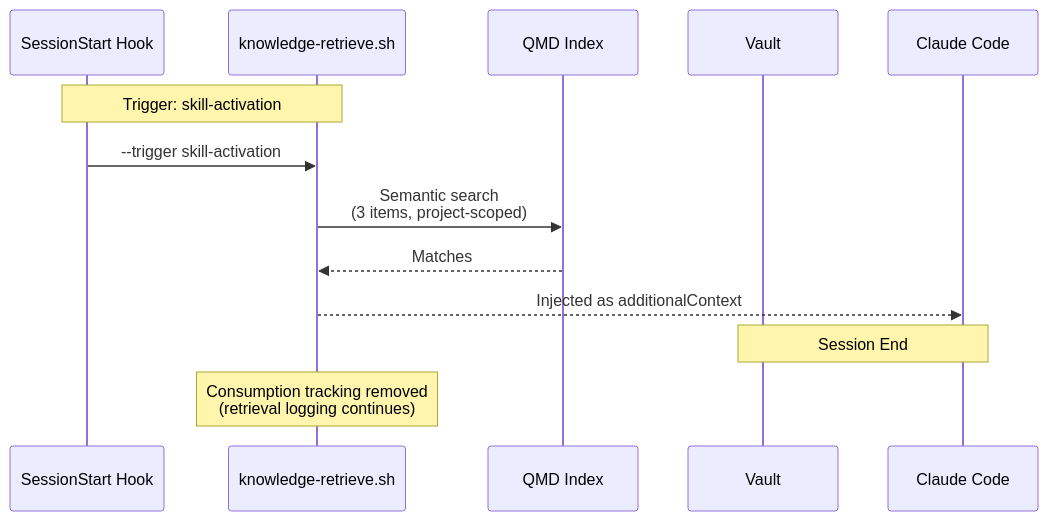
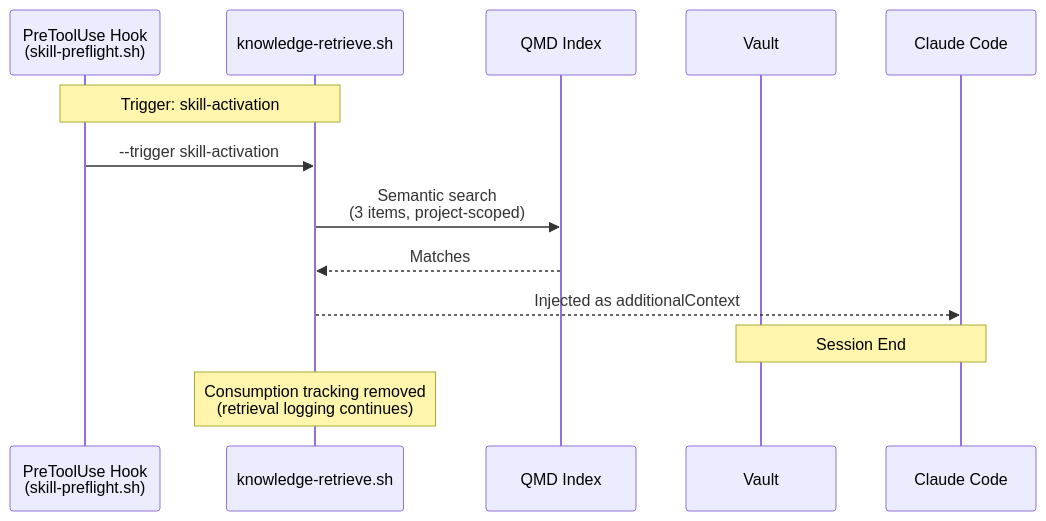
The sixth of 6 diagrams in _system/docs/architecture/03-runtime-views.md (djt71/crumb-vault-mirror), drawn with Mermaid before and after one commit. The commit also changed other lines of this file and 9 other files, not shown here.

Commit message:
sync: docs: architecture set refresh — roster 11/agents 3, 04-deployment restructured (Part I current / Part II historical), frontmatter dates + model-policy phrasing fixed

````diff
--- a/_system/docs/architecture/03-runtime-views.md
+++ b/_system/docs/architecture/03-runtime-views.md
@@ -326,18 +325,18 @@
 ```mermaid
 %%{init: {'theme': 'default'}}%%
 sequenceDiagram
-    participant Hook as SessionStart Hook
+    participant Hook as PreToolUse Hook<br/>(skill-preflight.sh)
     participant AKM as knowledge-retrieve.sh
     participant QMD as QMD Index
     participant Vault
     participant CC as Claude Code
 
     Note over Hook,AKM: Trigger: skill-activation
     Hook->>AKM: --trigger skill-activation
     AKM->>QMD: Semantic search<br/>(3 items, project-scoped)
     QMD-->>AKM: Matches
     AKM-->>CC: Injected as additionalContext
 
     Note over CC,Vault: Session End
     Note over AKM: Consumption tracking removed<br/>(retrieval logging continues)
 ```
````
